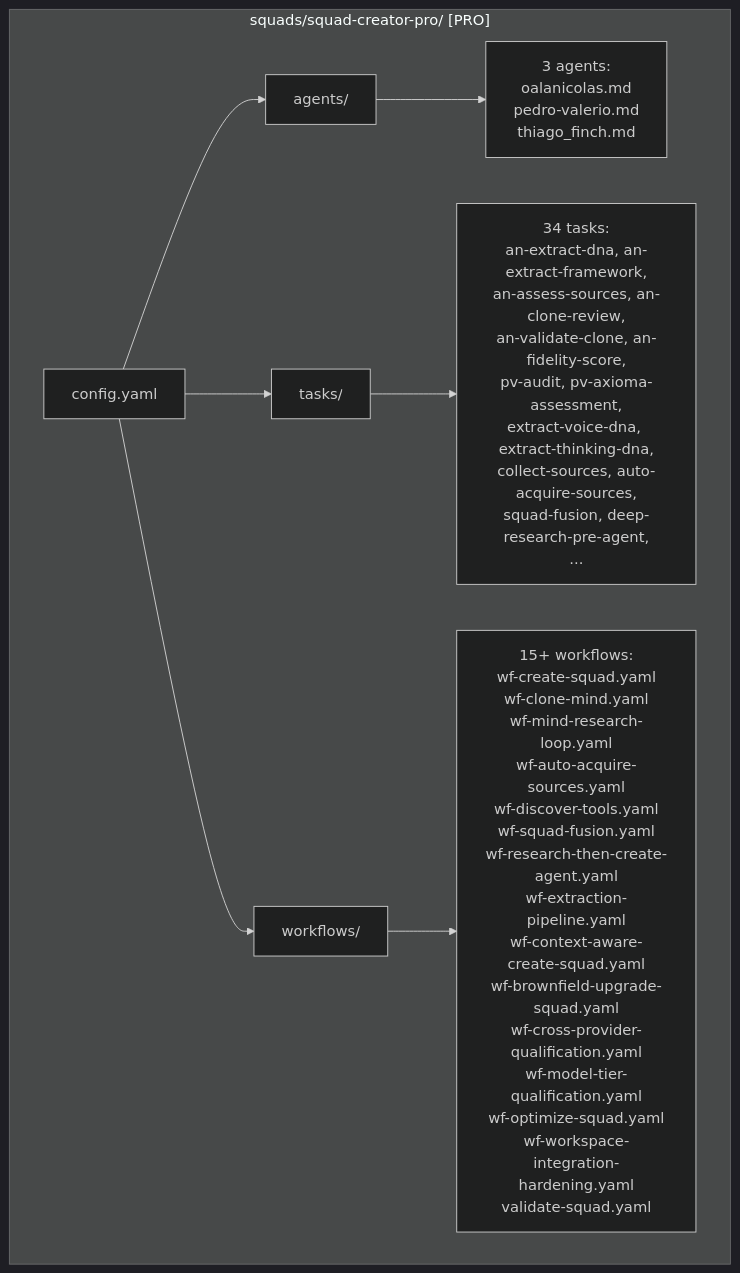
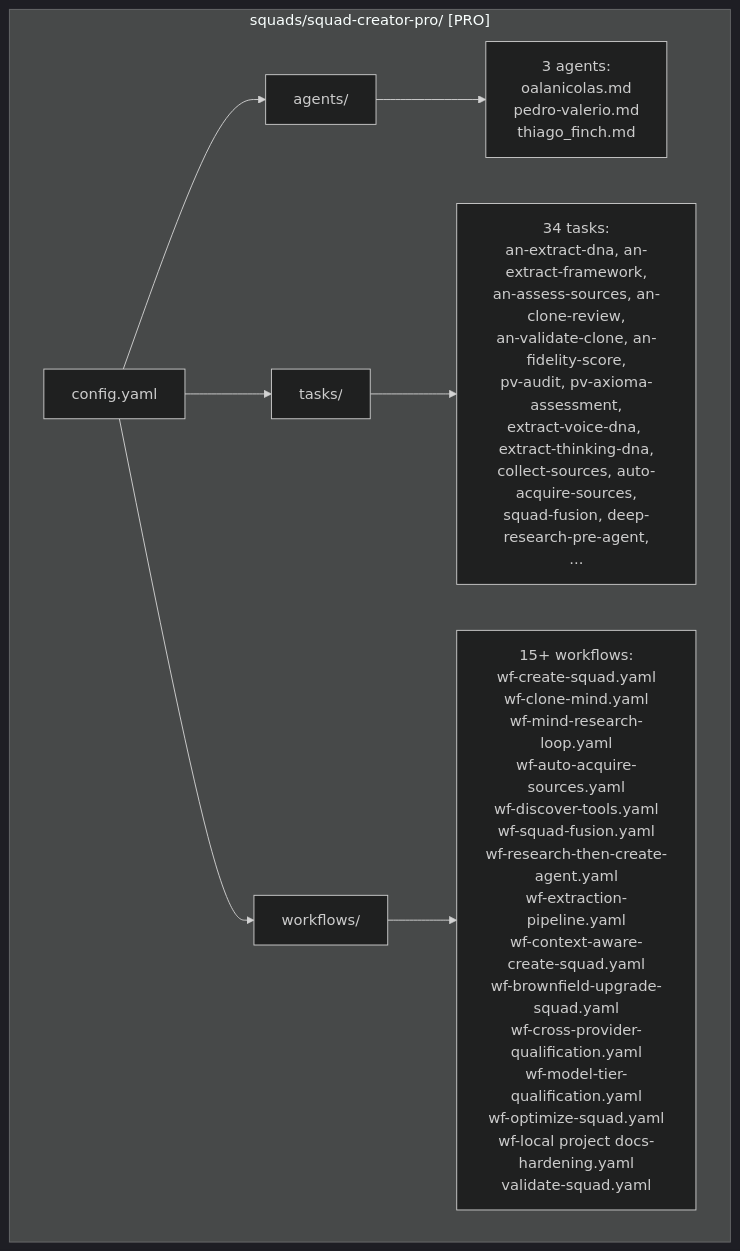
Before and after one commit to CALLBACK-Online/aiox-advanced-brain: diagram 16 of 27 in squads/squad-creator/docs/ARCHITECTURE-DIAGRAMS.md, drawn with Mermaid (dark theme). The commit also changed 2603 other files, not shown here.

````diff
--- a/squads/squad-creator/docs/ARCHITECTURE-DIAGRAMS.md
+++ b/squads/squad-creator/docs/ARCHITECTURE-DIAGRAMS.md
@@ -864,14 +864,14 @@
 ```mermaid
 graph TD
     subgraph "squads/squad-creator-pro/ [PRO]"
         PA[config.yaml] --> PB[agents/]
         PA --> PC[tasks/]
         PA --> PD[workflows/]
 
         PB --> PB1["3 agents:<br/>oalanicolas.md<br/>pedro-valerio.md<br/>thiago_finch.md"]
 
         PC --> PC1["34 tasks:<br/>an-extract-dna, an-extract-framework,<br/>an-assess-sources, an-clone-review,<br/>an-validate-clone, an-fidelity-score,<br/>pv-audit, pv-axioma-assessment,<br/>extract-voice-dna, extract-thinking-dna,<br/>collect-sources, auto-acquire-sources,<br/>squad-fusion, deep-research-pre-agent,<br/>..."]
 
-        PD --> PD1["15+ workflows:<br/>wf-create-squad.yaml<br/>wf-clone-mind.yaml<br/>wf-mind-research-loop.yaml<br/>wf-auto-acquire-sources.yaml<br/>wf-discover-tools.yaml<br/>wf-squad-fusion.yaml<br/>wf-research-then-create-agent.yaml<br/>wf-extraction-pipeline.yaml<br/>wf-context-aware-create-squad.yaml<br/>wf-brownfield-upgrade-squad.yaml<br/>wf-cross-provider-qualification.yaml<br/>wf-model-tier-qualification.yaml<br/>wf-optimize-squad.yaml<br/>wf-workspace-integration-hardening.yaml<br/>validate-squad.yaml"]
+        PD --> PD1["15+ workflows:<br/>wf-create-squad.yaml<br/>wf-clone-mind.yaml<br/>wf-mind-research-loop.yaml<br/>wf-auto-acquire-sources.yaml<br/>wf-discover-tools.yaml<br/>wf-squad-fusion.yaml<br/>wf-research-then-create-agent.yaml<br/>wf-extraction-pipeline.yaml<br/>wf-context-aware-create-squad.yaml<br/>wf-brownfield-upgrade-squad.yaml<br/>wf-cross-provider-qualification.yaml<br/>wf-model-tier-qualification.yaml<br/>wf-optimize-squad.yaml<br/>wf-local project docs-hardening.yaml<br/>validate-squad.yaml"]
     end
 ```
````
